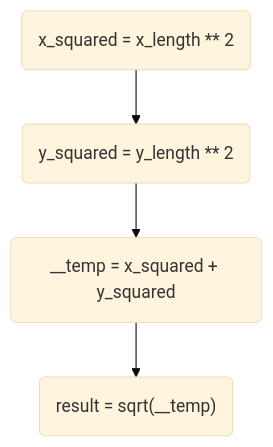
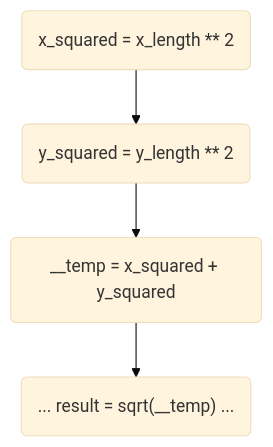
One commit to pythonspeed/low-level-performance-book changed the first of 2 diagrams in book/part_3/01_instruction_level_parallelism.qmd. Above: the diagram before and after it, drawn with Mermaid (base theme). The commit also changed other lines of this file, not shown here.

````diff
--- a/book/part_3/01_instruction_level_parallelism.qmd
+++ b/book/part_3/01_instruction_level_parallelism.qmd
@@ -42,6 +42,6 @@
 ```{mermaid}
 flowchart TD
  A("x_squared = x_length ** 2") --> B("y_squared = y_length ** 2")
  B --> C("__temp = x_squared + y_squared")
- C --> D("result = sqrt(__temp)")
+ C --> D("... result = sqrt(__temp) ...")
 ```
````
